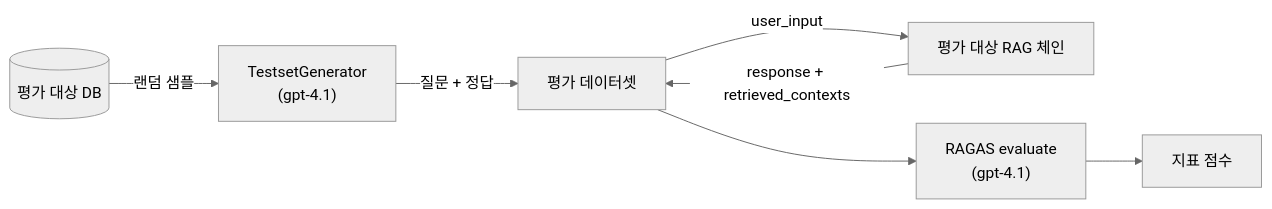
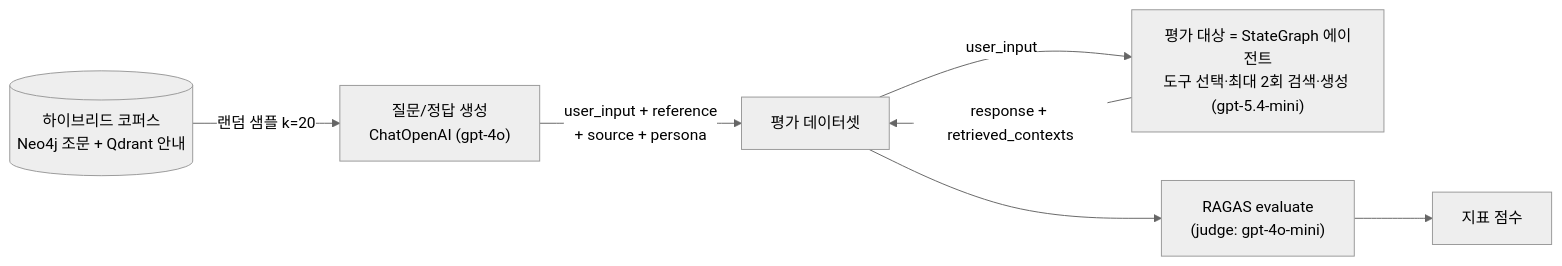
Before and after one commit to SKNETWORKS-FAMILY-AICAMP/SKN31-3rd-2Team: the first of 2 diagrams in 산출물/RAG_평가.md, drawn with Mermaid (neutral theme). The commit also changed other lines of this file and 4 other files, not shown here.

````diff
--- a/산출물/RAG_평가.md
+++ b/산출물/RAG_평가.md
@@ -10,9 +10,9 @@
 ```mermaid
 flowchart LR
-    DB[(평가 대상 DB)] -->|랜덤 샘플| TG["TestsetGenerator<br/>(gpt-4.1)"]
-    TG -->|질문 + 정답| DS[평가 데이터셋]
-    DS -->|user_input| CH["평가 대상 RAG 체인"]
+    C[(하이브리드 코퍼스<br/>Neo4j 조문 + Qdrant 안내)] -->|랜덤 샘플 k=20| TG["질문/정답 생성<br/>ChatOpenAI (gpt-4o)"]
+    TG -->|user_input + reference<br/>+ source + persona| DS[평가 데이터셋]
+    DS -->|user_input| CH["평가 대상 = StateGraph 에이전트<br/>도구 선택·최대 2회 검색·생성 (gpt-5.4-mini)"]
     CH -->|response + retrieved_contexts| DS
-    DS --> EV["RAGAS evaluate<br/>(gpt-4.1)"]
+    DS --> EV["RAGAS evaluate<br/>(judge: gpt-4o-mini)"]
     EV --> R[지표 점수]
 ```
````
